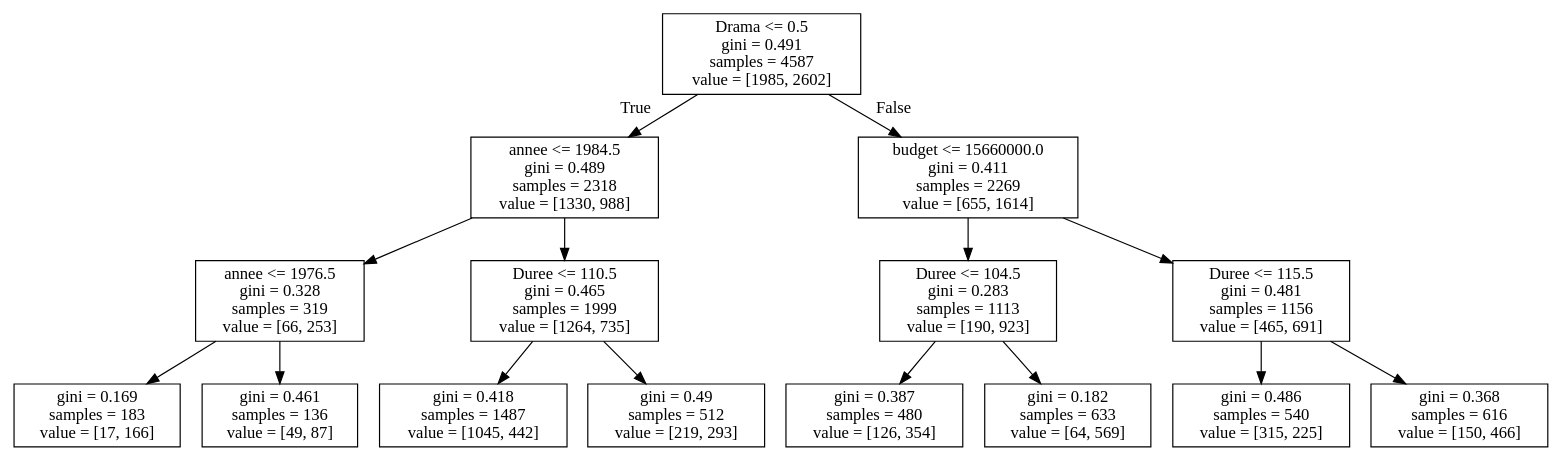
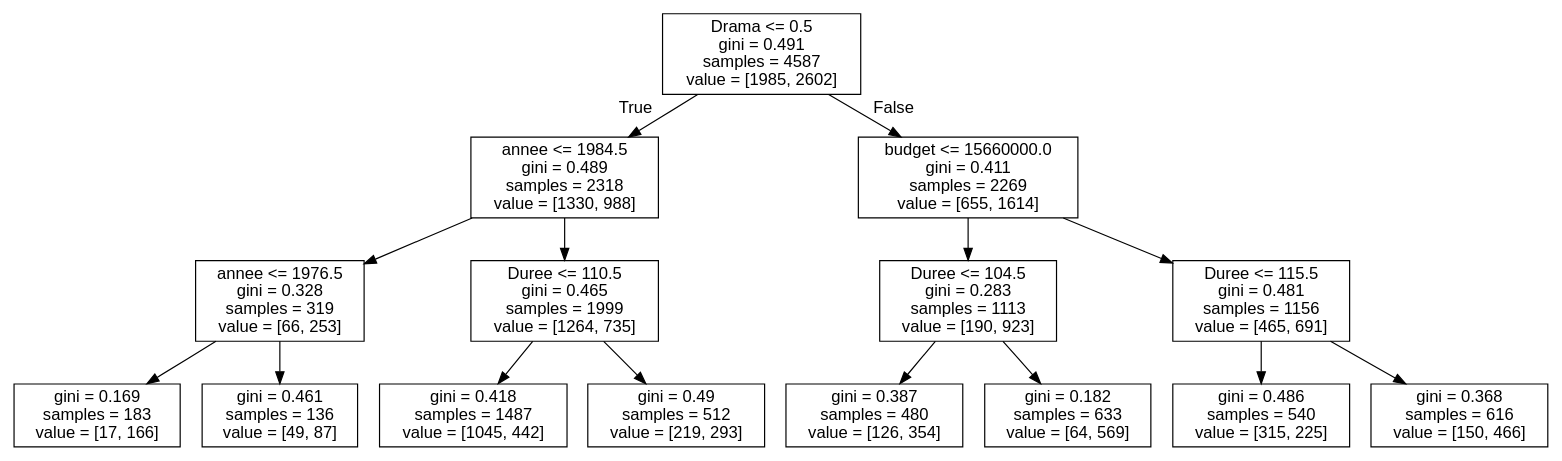
One commit to hanzopgp/MasterArtificialIntelligencePTs changed the diagram in S2/ML/TME/TME1/tree3.dot. Above: the diagram before and after it, drawn with Graphviz. The commit also changed 9 other files, not shown here.

```diff
--- a/S2/ML/TME/TME1/tree3.dot
+++ b/S2/ML/TME/TME1/tree3.dot
@@ -1,32 +1,33 @@
 digraph Tree {
-node [shape=box] ;
+node [shape=box, fontname="helvetica"] ;
+edge [fontname="helvetica"] ;
 0 [label="Drama <= 0.5\ngini = 0.491\nsamples = 4587\nvalue = [1985, 2602]"] ;
 1 [label="annee <= 1984.5\ngini = 0.489\nsamples = 2318\nvalue = [1330, 988]"] ;
 0 -> 1 [labeldistance=2.5, labelangle=45, headlabel="True"] ;
 2 [label="annee <= 1976.5\ngini = 0.328\nsamples = 319\nvalue = [66, 253]"] ;
 1 -> 2 ;
 3 [label="gini = 0.169\nsamples = 183\nvalue = [17, 166]"] ;
 2 -> 3 ;
 4 [label="gini = 0.461\nsamples = 136\nvalue = [49, 87]"] ;
 2 -> 4 ;
 5 [label="Duree <= 110.5\ngini = 0.465\nsamples = 1999\nvalue = [1264, 735]"] ;
 1 -> 5 ;
 6 [label="gini = 0.418\nsamples = 1487\nvalue = [1045, 442]"] ;
 5 -> 6 ;
 7 [label="gini = 0.49\nsamples = 512\nvalue = [219, 293]"] ;
 5 -> 7 ;
 8 [label="budget <= 15660000.0\ngini = 0.411\nsamples = 2269\nvalue = [655, 1614]"] ;
 0 -> 8 [labeldistance=2.5, labelangle=-45, headlabel="False"] ;
 9 [label="Duree <= 104.5\ngini = 0.283\nsamples = 1113\nvalue = [190, 923]"] ;
 8 -> 9 ;
 10 [label="gini = 0.387\nsamples = 480\nvalue = [126, 354]"] ;
 9 -> 10 ;
 11 [label="gini = 0.182\nsamples = 633\nvalue = [64, 569]"] ;
 9 -> 11 ;
 12 [label="Duree <= 115.5\ngini = 0.481\nsamples = 1156\nvalue = [465, 691]"] ;
 8 -> 12 ;
 13 [label="gini = 0.486\nsamples = 540\nvalue = [315, 225]"] ;
 12 -> 13 ;
 14 [label="gini = 0.368\nsamples = 616\nvalue = [150, 466]"] ;
 12 -> 14 ;
 }
```
